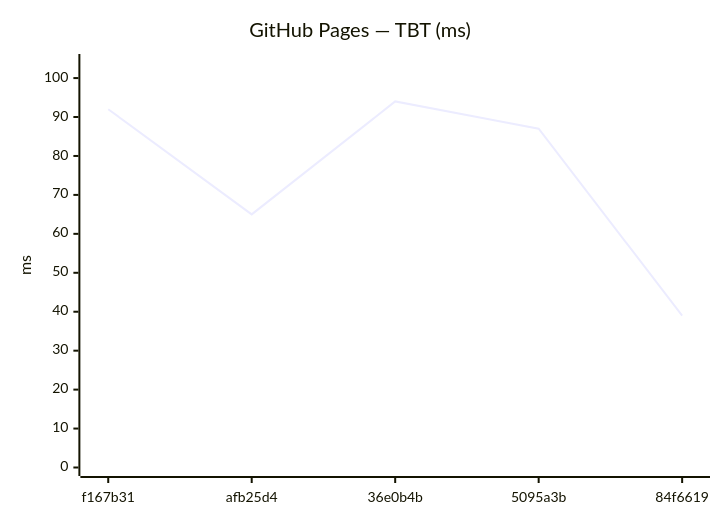
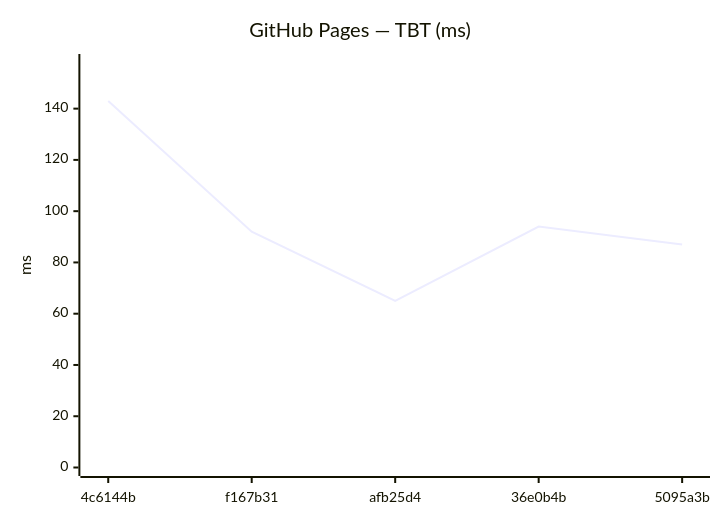
Before and after one commit to Metaheurist/Rianell: the tenth of 18 diagrams in benchmarks/compare.md, drawn with Mermaid. The commit also changed other lines of this file and 11 other files, not shown here.

````diff
--- a/benchmarks/compare.md
+++ b/benchmarks/compare.md
@@ -149,7 +149,7 @@
 ```mermaid
 xychart-beta
     title "GitHub Pages — TBT (ms)"
-    x-axis ["f167b31", "afb25d4", "36e0b4b", "5095a3b", "84f6619"]
-    y-axis "ms" 0 --> 104
-    line [92, 65, 94, 87, 39]
+    x-axis ["4c6144b", "f167b31", "afb25d4", "36e0b4b", "5095a3b"]
+    y-axis "ms" 0 --> 158
+    line [143, 92, 65, 94, 87]
 ```
````
